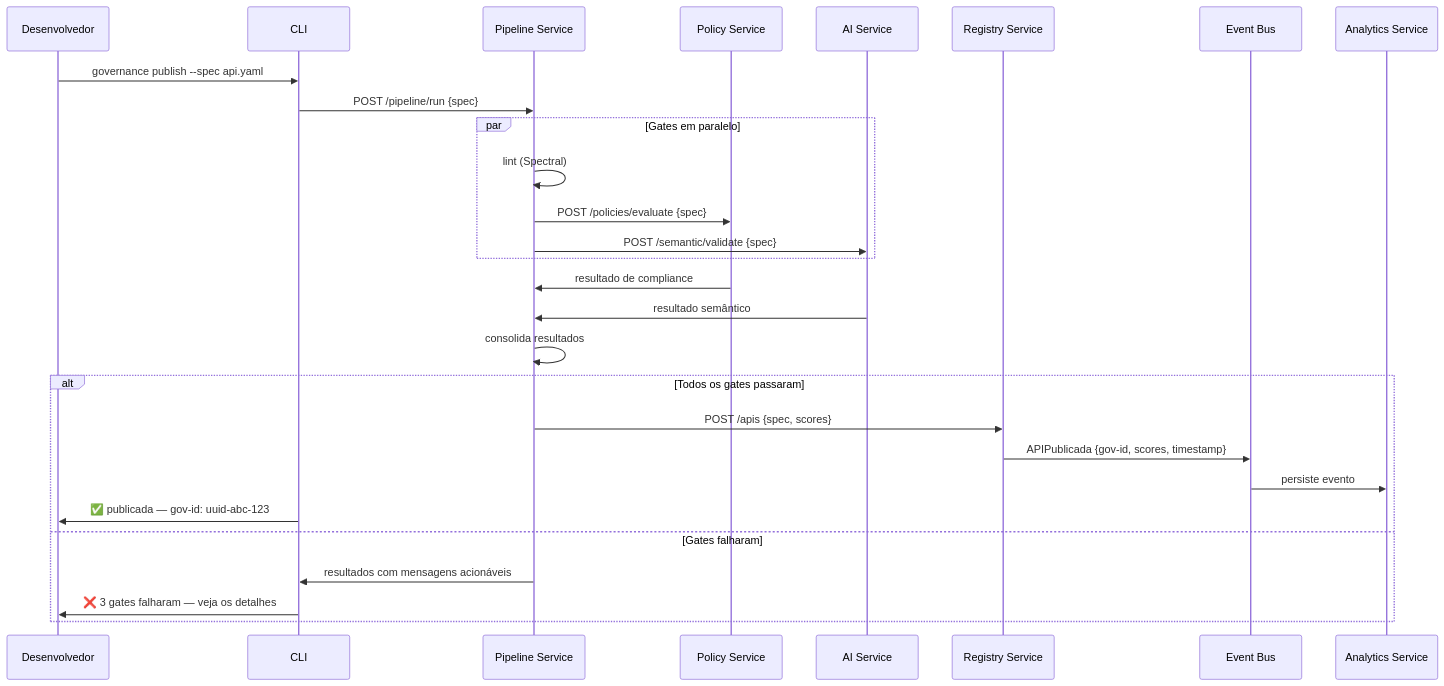
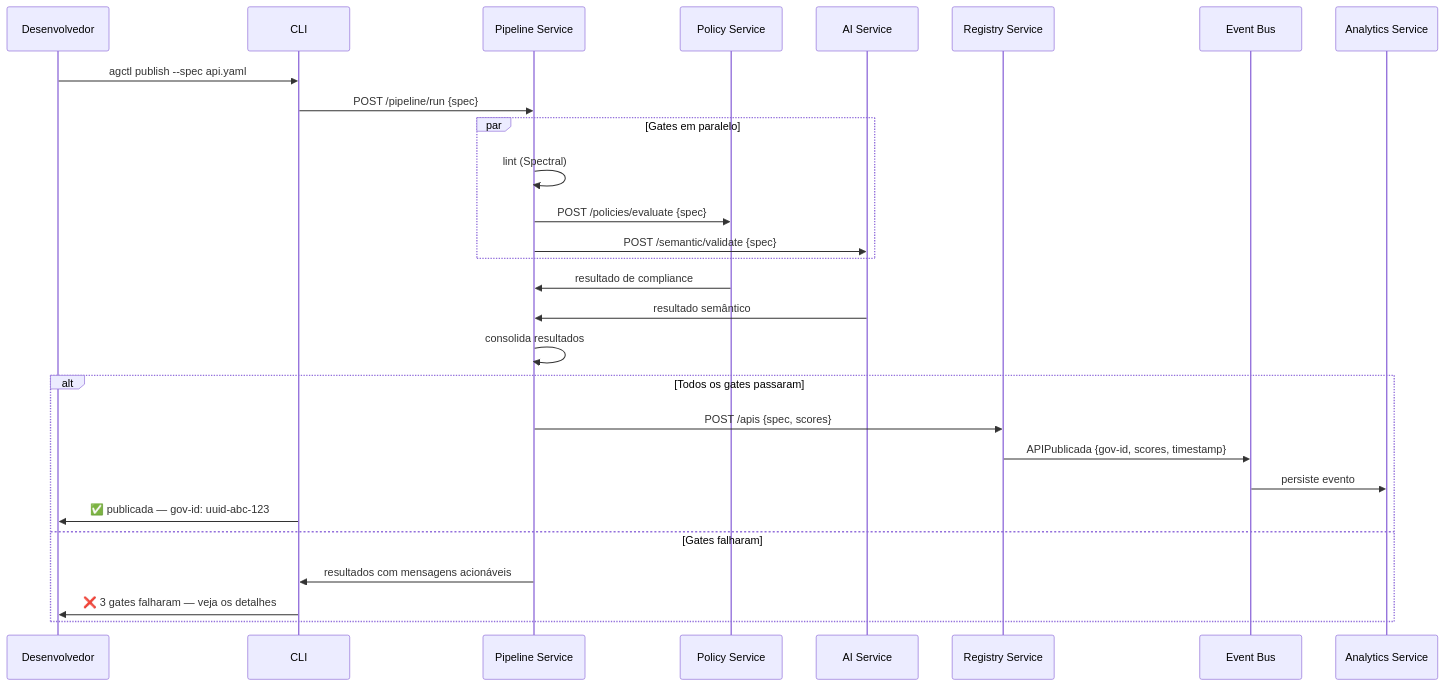
Before and after one commit to fgmira/estudo-api-management: diagram 14 of 18 in docs/modulo-7-plataforma_infraestrutura/cap_7_2_arquitetura_referencia.md, drawn with Mermaid. The commit also changed other lines of this file and 4 other files, not shown here.

````diff
--- a/docs/modulo-7-plataforma_infraestrutura/cap_7_2_arquitetura_referencia.md
+++ b/docs/modulo-7-plataforma_infraestrutura/cap_7_2_arquitetura_referencia.md
@@ -765,34 +780,34 @@
 ```mermaid
 sequenceDiagram
     participant Dev as Desenvolvedor
     participant CLI as CLI
     participant Pipeline as Pipeline Service
     participant Policy as Policy Service
     participant AI as AI Service
     participant Registry as Registry Service
     participant Bus as Event Bus
     participant Analytics as Analytics Service
 
-    Dev->>CLI: governance publish --spec api.yaml
+    Dev->>CLI: agctl publish --spec api.yaml
     CLI->>Pipeline: POST /pipeline/run {spec}
 
     par Gates em paralelo
         Pipeline->>Pipeline: lint (Spectral)
         Pipeline->>Policy: POST /policies/evaluate {spec}
         Pipeline->>AI: POST /semantic/validate {spec}
     end
 
     Policy->>Pipeline: resultado de compliance
     AI->>Pipeline: resultado semântico
     Pipeline->>Pipeline: consolida resultados
 
     alt Todos os gates passaram
         Pipeline->>Registry: POST /apis {spec, scores}
         Registry->>Bus: APIPublicada {gov-id, scores, timestamp}
         Bus->>Analytics: persiste evento
         CLI->>Dev: ✅ publicada — gov-id: uuid-abc-123
     else Gates falharam
         Pipeline->>CLI: resultados com mensagens acionáveis
         CLI->>Dev: ❌ 3 gates falharam — veja os detalhes
     end
 ```
````
